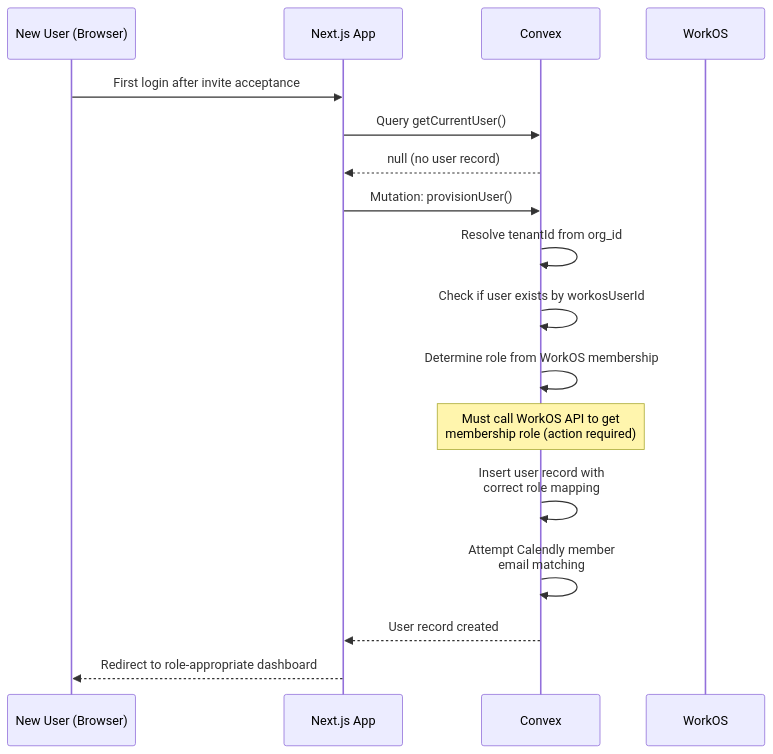
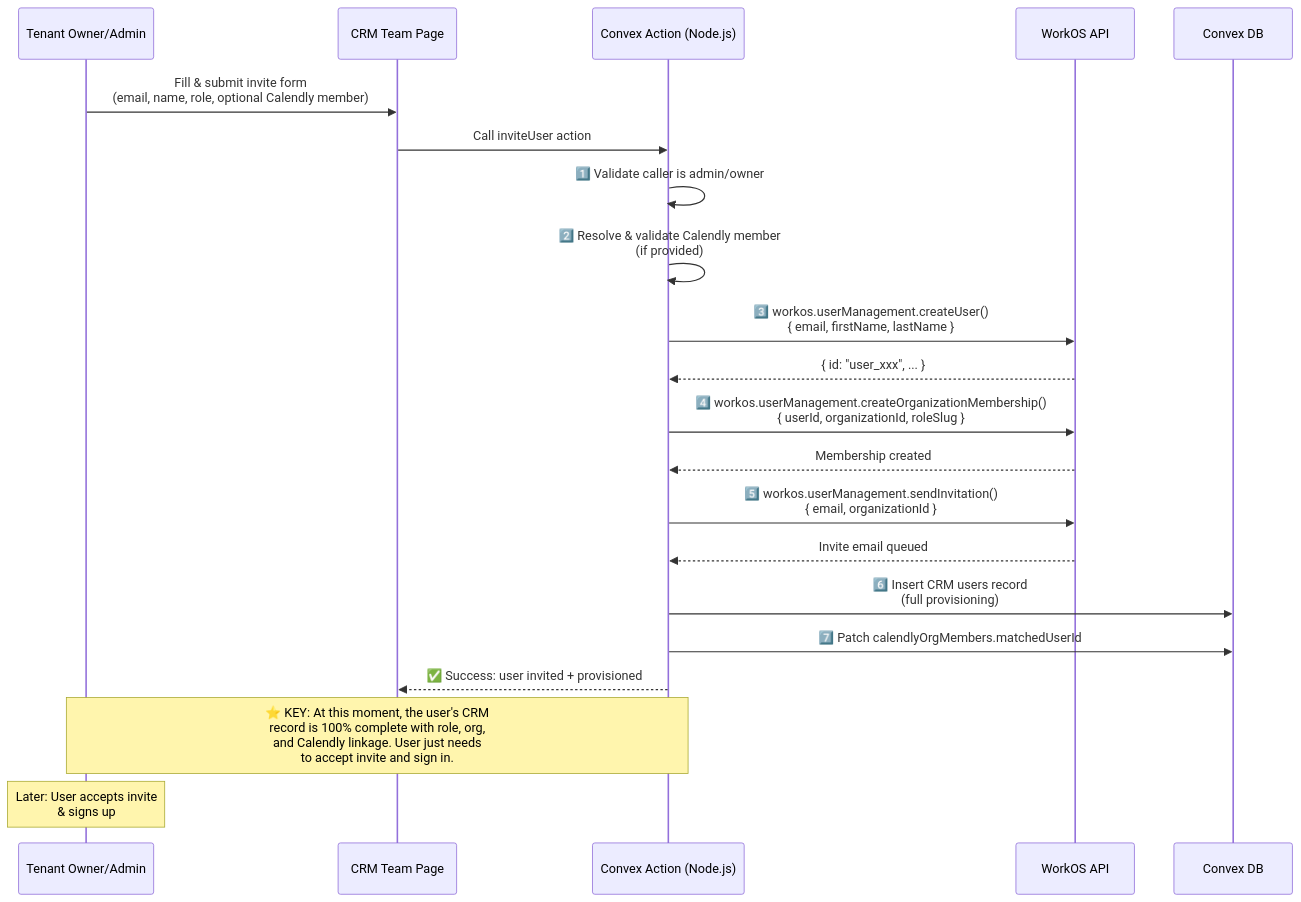
The second of 12 diagrams in plans/closer-tenant-admin/closer-tenant-admin-design.md (MagnusVA/magnus-crm), drawn with Mermaid before and after one commit. The commit also changed other lines of this file and 149 other files, not shown here.

````diff
--- a/plans/closer-tenant-admin/closer-tenant-admin-design.md
+++ b/plans/closer-tenant-admin/closer-tenant-admin-design.md
@@ -457,20 +355,31 @@
 ```mermaid
 sequenceDiagram
-    participant U as New User (Browser)
-    participant NX as Next.js App
-    participant CVX as Convex
-    participant WOS as WorkOS
+    participant TO as Tenant Owner/Admin
+    participant UI as CRM Team Page
+    participant CVX as Convex Action (Node.js)
+    participant WOS as WorkOS API
+    participant DB as Convex DB
 
-    U->>NX: First login after invite acceptance
-    NX->>CVX: Query getCurrentUser()
-    CVX-->>NX: null (no user record)
-    NX->>CVX: Mutation: provisionUser()
-    CVX->>CVX: Resolve tenantId from org_id
-    CVX->>CVX: Check if user exists by workosUserId
-    CVX->>CVX: Determine role from WorkOS membership
-    Note over CVX: Must call WorkOS API to get<br/>membership role (action required)
-    CVX->>CVX: Insert user record with<br/>correct role mapping
-    CVX->>CVX: Attempt Calendly member<br/>email matching
-    CVX-->>NX: User record created
-    NX-->>U: Redirect to role-appropriate dashboard
+    TO->>UI: Fill & submit invite form<br/>(email, name, role, optional Calendly member)
+    UI->>CVX: Call inviteUser action
+    CVX->>CVX: 1️⃣ Validate caller is admin/owner
+    CVX->>CVX: 2️⃣ Resolve & validate Calendly member<br/>(if provided)
+    
+    CVX->>WOS: 3️⃣ workos.userManagement.createUser()<br/>{ email, firstName, lastName }
+    WOS-->>CVX: { id: "user_xxx", ... }
+
+    CVX->>WOS: 4️⃣ workos.userManagement.createOrganizationMembership()<br/>{ userId, organizationId, roleSlug }
+    WOS-->>CVX: Membership created
+
+    CVX->>WOS: 5️⃣ workos.userManagement.sendInvitation()<br/>{ email, organizationId }
+    WOS-->>CVX: Invite email queued
+
+    CVX->>DB: 6️⃣ Insert CRM users record<br/>(full provisioning)
+    CVX->>DB: 7️⃣ Patch calendlyOrgMembers.matchedUserId
+    
+    CVX-->>UI: ✅ Success: user invited + provisioned
+    
+    Note over TO,CVX: ⭐ KEY: At this moment, the user's CRM<br/>record is 100% complete with role, org,<br/>and Calendly linkage. User just needs<br/>to accept invite and sign in.
+
+    Note over TO: Later: User accepts invite<br/>& signs up
 ```
````
